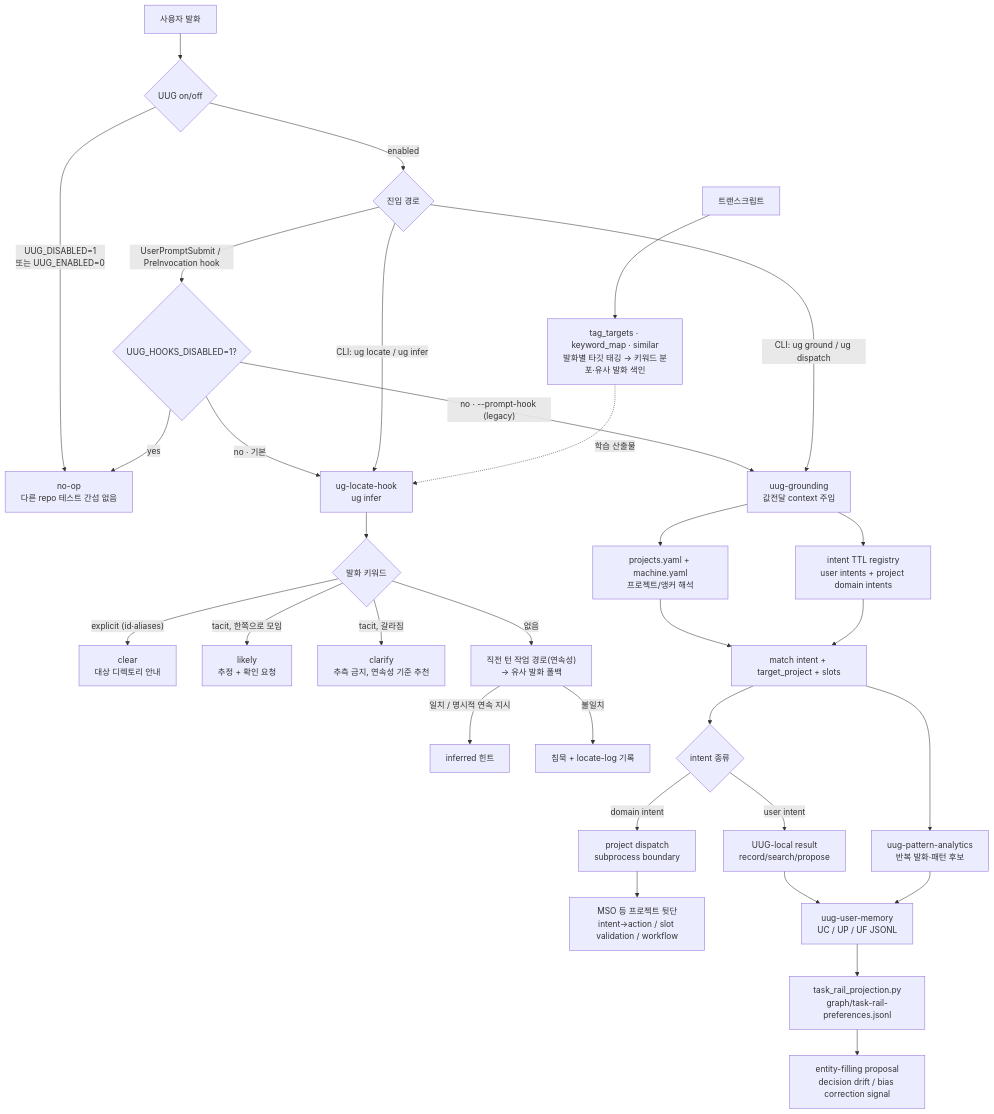
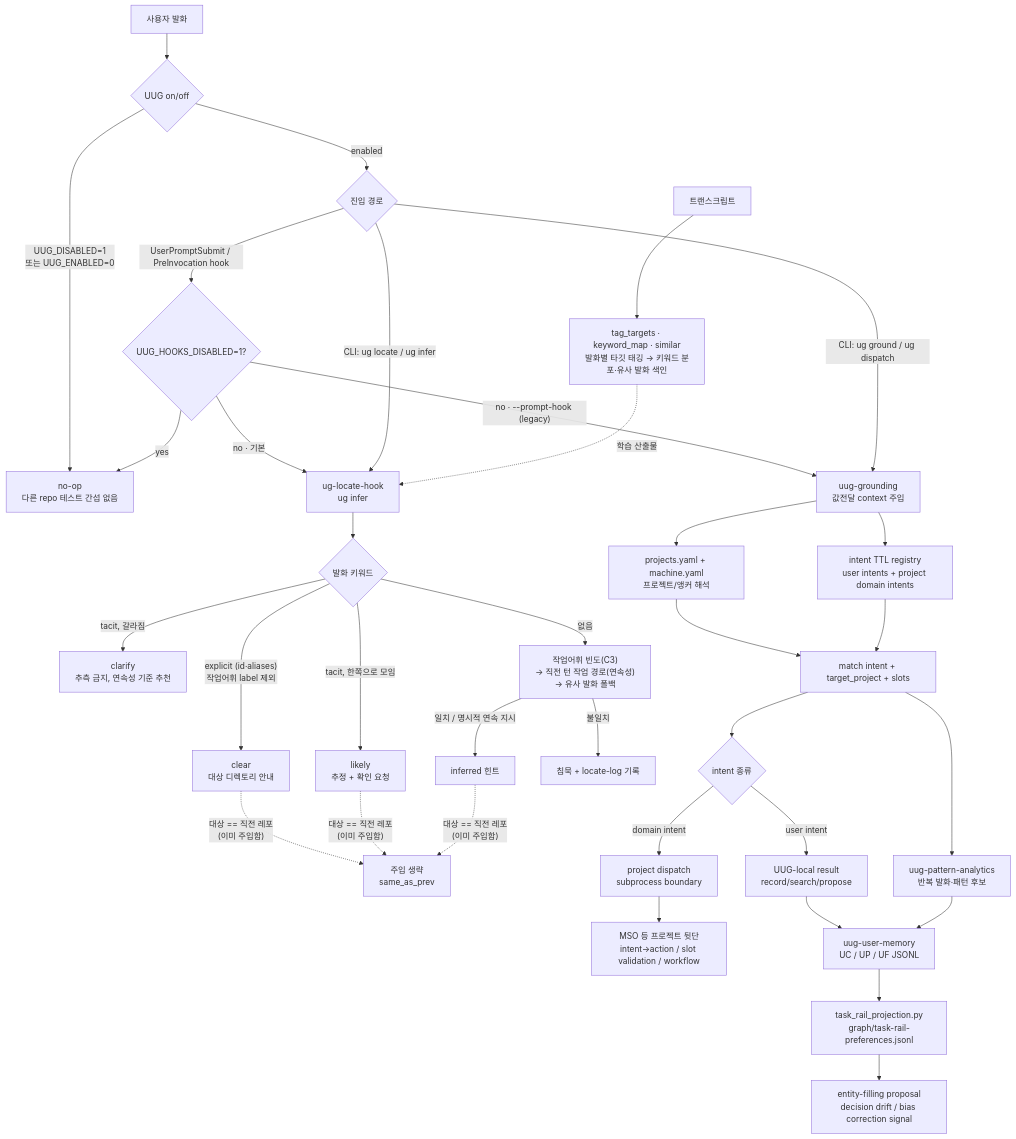
The diagram in README.md (WMJOON/user-utterance-grounding), drawn with Mermaid before and after one commit. The commit also changed other lines of this file and 13 other files, not shown here.

````diff
--- a/README.md
+++ b/README.md
@@ -27,40 +27,41 @@
 ```mermaid
 flowchart TD
     A["사용자 발화"] --> B{"UUG on/off"}
     B -- "UUG_DISABLED=1<br/>또는 UUG_ENABLED=0" --> Z["no-op<br/>다른 repo 테스트 간섭 없음"]
     B -- "enabled" --> C{"진입 경로"}
 
     C -- "UserPromptSubmit / PreInvocation hook" --> H{"UUG_HOOKS_DISABLED=1?"}
     H -- "yes" --> Z
     H -- "no · 기본" --> LH["ug-locate-hook<br/>ug infer"]
     H -- "no · --prompt-hook (legacy)" --> G["uug-grounding<br/>값전달 context 주입"]
 
     LH --> KW{"발화 키워드"}
-    KW -- "explicit (id·aliases)" --> CL["clear<br/>대상 디렉토리 안내"]
+    KW -- "explicit (id·aliases)<br/>작업어휘 label 제외" --> CL["clear<br/>대상 디렉토리 안내"]
     KW -- "tacit, 한쪽으로 모임" --> LK["likely<br/>추정 + 확인 요청"]
     KW -- "tacit, 갈라짐" --> CF["clarify<br/>추측 금지, 연속성 기준 추천"]
-    KW -- "없음" --> CT["직전 턴 작업 경로(연속성)<br/>→ 유사 발화 폴백"]
+    KW -- "없음" --> CT["작업어휘 빈도(C3)<br/>→ 직전 턴 작업 경로(연속성)<br/>→ 유사 발화 폴백"]
     CT -- "일치 / 명시적 연속 지시" --> IN["inferred 힌트"]
     CT -- "불일치" --> SL["침묵 + locate-log 기록"]
+    CL & LK & IN -. "대상 == 직전 레포<br/>(이미 주입함)" .-> SK["주입 생략<br/>same_as_prev"]
 
     C -- "CLI: ug ground / ug dispatch" --> G
     C -- "CLI: ug locate / ug infer" --> LH
 
     G --> R["projects.yaml + machine.yaml<br/>프로젝트/앵커 해석"]
     G --> I["intent TTL registry<br/>user intents + project domain intents"]
     R --> M["match intent + target_project + slots"]
     I --> M
 
     M --> D{"intent 종류"}
     D -- "user intent" --> U["UUG-local result<br/>record/search/propose"]
     D -- "domain intent" --> P["project dispatch<br/>subprocess boundary"]
     P --> MSO["MSO 등 프로젝트 뒷단<br/>intent→action / slot validation / workflow"]
 
     U --> MEM["uug-user-memory<br/>UC / UP / UF JSONL"]
     M --> ANA["uug-pattern-analytics<br/>반복 발화·패턴 후보"]
     TT["트랜스크립트"] --> TAG["tag_targets · keyword_map · similar<br/>발화별 타깃 태깅 → 키워드 분포·유사 발화 색인"]
     TAG -. "학습 산출물" .-> LH
     ANA --> MEM
     MEM --> TR["task_rail_projection.py<br/>graph/task-rail-preferences.jsonl"]
     TR --> PR["entity-filling proposal<br/>decision drift / bias correction signal"]
 ```
````
